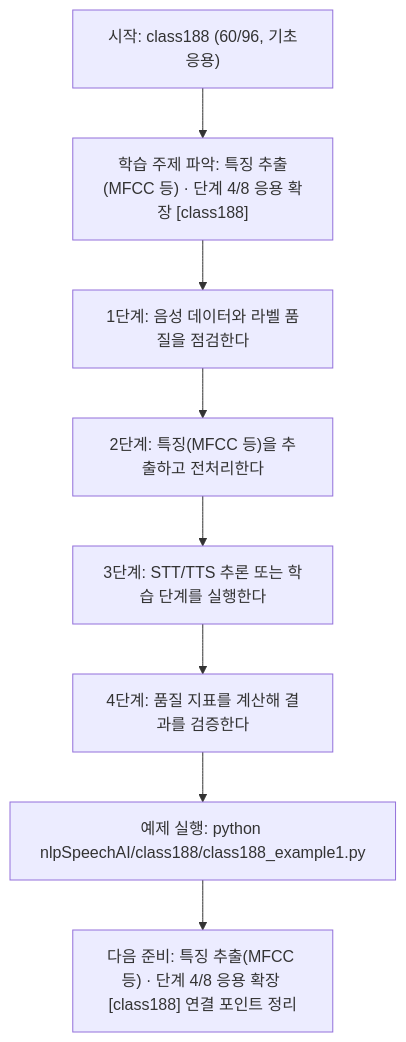
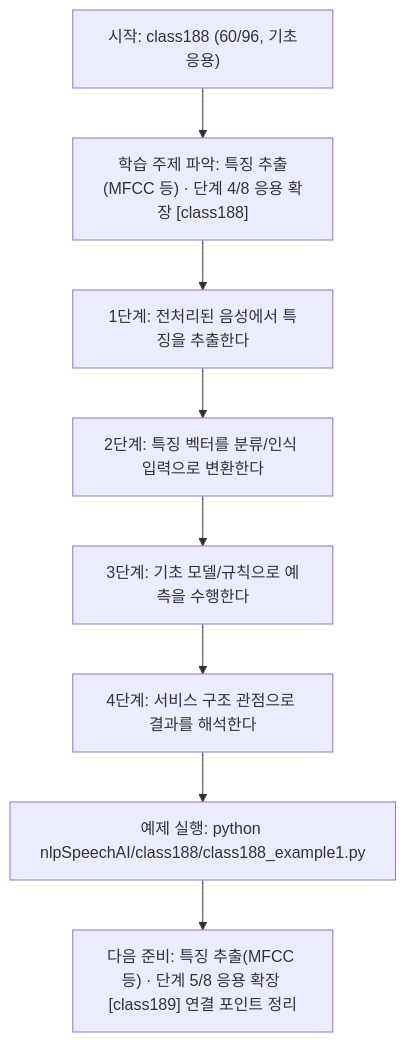
One commit to edumgt/Python-AI_Agent-Class changed the diagram in nlpSpeechAI/class188/class188.md. Above: the diagram before and after it, drawn with Mermaid. The commit also changed other lines of this file and 1122 other files, not shown here.

````diff
--- a/nlpSpeechAI/class188/class188.md
+++ b/nlpSpeechAI/class188/class188.md
@@ -114,18 +95,18 @@
 ```mermaid
 flowchart TD
 N1["시작: class188 (60/96, 기초응용)"]
 N2["학습 주제 파악: 특징 추출(MFCC 등) · 단계 4/8 응용 확장 [class188]"]
-N3["1단계: 음성 데이터와 라벨 품질을 점검한다"]
-N4["2단계: 특징(MFCC 등)을 추출하고 전처리한다"]
-N5["3단계: STT/TTS 추론 또는 학습 단계를 실행한다"]
-N6["4단계: 품질 지표를 계산해 결과를 검증한다"]
+N3["1단계: 전처리된 음성에서 특징을 추출한다"]
+N4["2단계: 특징 벡터를 분류/인식 입력으로 변환한다"]
+N5["3단계: 기초 모델/규칙으로 예측을 수행한다"]
+N6["4단계: 서비스 구조 관점으로 결과를 해석한다"]
 N7["예제 실행: python nlpSpeechAI/class188/class188_example1.py"]
-N8["다음 준비: 특징 추출(MFCC 등) · 단계 4/8 응용 확장 [class188] 연결 포인트 정리"]
+N8["다음 준비: 특징 추출(MFCC 등) · 단계 5/8 응용 확장 [class189] 연결 포인트 정리"]
 N1 --> N2
 N2 --> N3
 N3 --> N4
 N4 --> N5
 N5 --> N6
 N6 --> N7
 N7 --> N8
 ```
````
